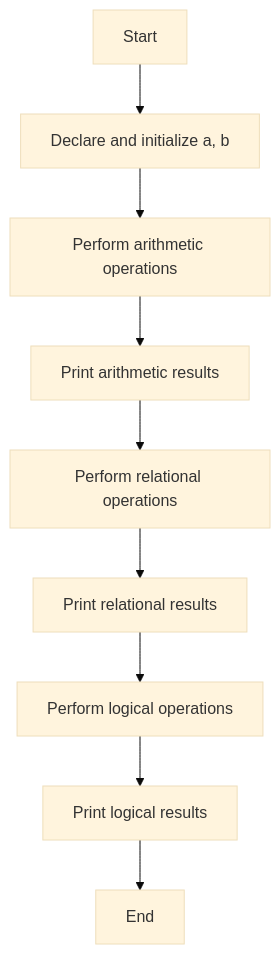
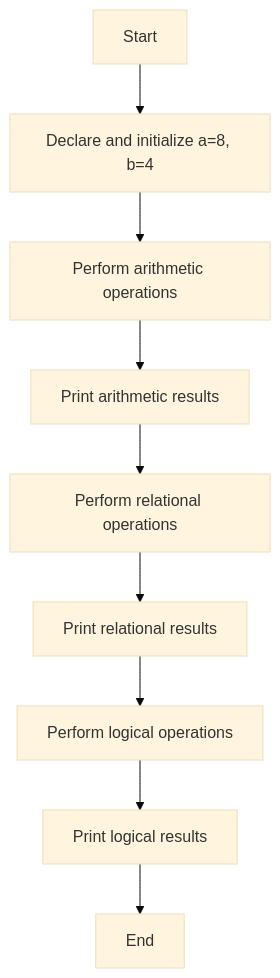
Before and after one commit to Vinit-source/Programming-for-problem-solving: the diagram in P2 - Arithmetic, Relational and Logical Operators.md, drawn with Mermaid (base theme). The commit also changed other lines of this file, not shown here.

````diff
--- a/P2 - Arithmetic, Relational and Logical Operators.md
+++ b/P2 - Arithmetic, Relational and Logical Operators.md
@@ -28,11 +28,11 @@
 ```mermaid
 graph TD;
-    A[Start] --> B[Declare and initialize a, b];
+    A[Start] --> B[Declare and initialize a=8, b=4];
     B --> C[Perform arithmetic operations];
     C --> D[Print arithmetic results];
     D --> E[Perform relational operations];
     E --> F[Print relational results];
     F --> G[Perform logical operations];
     G --> H[Print logical results];
     H --> I[End];
 ```
````
